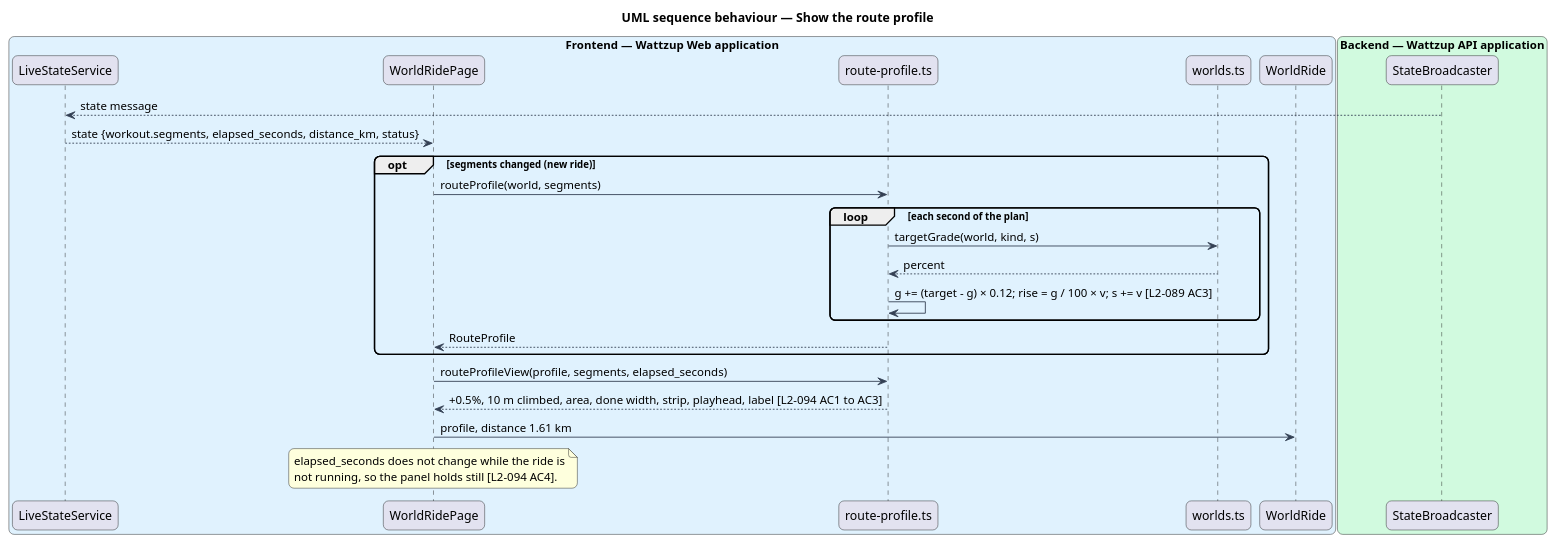
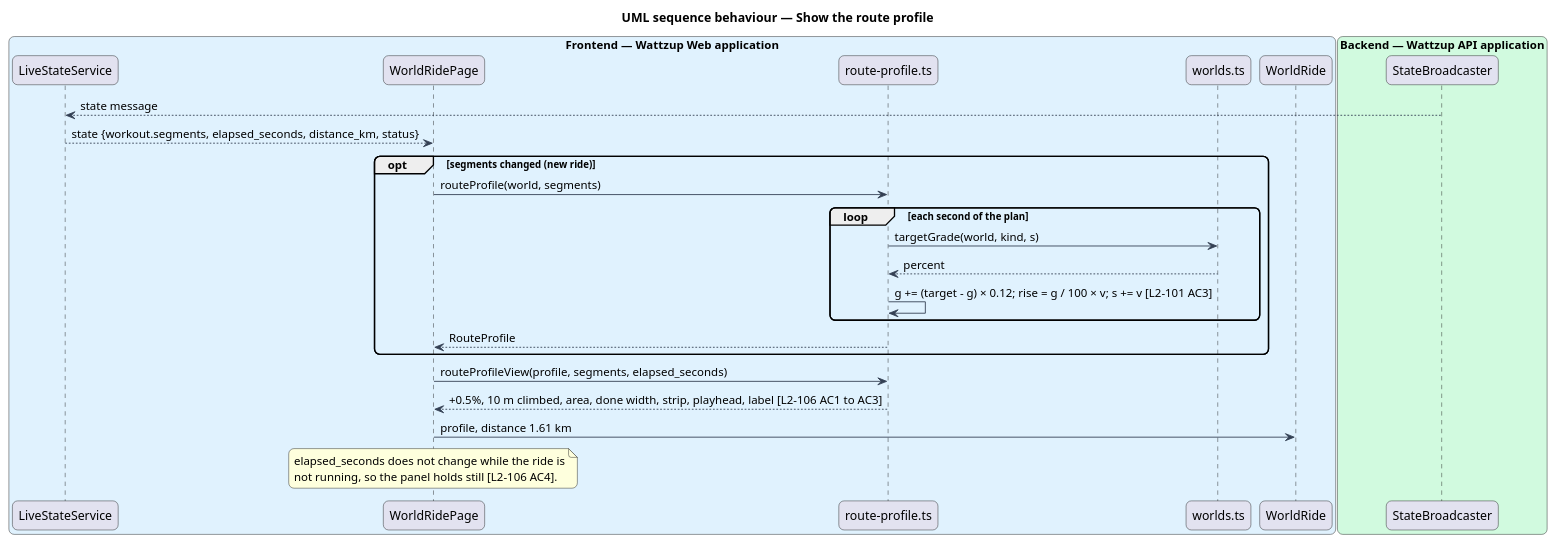
The diagram in docs/detailed-designs/world-ride/draw-class-scene/diagrams/sequence-route-profile.puml (QuinntyneBrown/ride-one), drawn with PlantUML before and after one commit. The commit also changed 75 other files, not shown here.

```diff
--- a/docs/detailed-designs/world-ride/draw-class-scene/diagrams/sequence-route-profile.puml
+++ b/docs/detailed-designs/world-ride/draw-class-scene/diagrams/sequence-route-profile.puml
@@ -1,37 +1,37 @@
 @startuml
 title UML sequence behaviour — Show the route profile
 skinparam backgroundColor #FFFFFF
 skinparam shadowing false
 skinparam roundcorner 12
 skinparam defaultFontName Arial
 skinparam ArrowColor #344054
 box "Frontend — Wattzup Web application" #E0F2FE
   participant "LiveStateService" as live
   participant "WorldRidePage" as page
   participant "route-profile.ts" as profile
   participant "worlds.ts" as worlds
   participant "WorldRide" as hud
 end box
 box "Backend — Wattzup API application" #D1FADF
   participant "StateBroadcaster" as broadcaster
 end box
 
 broadcaster --> live : state message
 live --> page : state {workout.segments, elapsed_seconds, distance_km, status}
 opt segments changed (new ride)
   page -> profile : routeProfile(world, segments)
   loop each second of the plan
     profile -> worlds : targetGrade(world, kind, s)
     worlds --> profile : percent
-    profile -> profile : g += (target - g) × 0.12; rise = g / 100 × v; s += v [L2-089 AC3]
+    profile -> profile : g += (target - g) × 0.12; rise = g / 100 × v; s += v [L2-101 AC3]
   end
   profile --> page : RouteProfile
 end
 page -> profile : routeProfileView(profile, segments, elapsed_seconds)
-profile --> page : +0.5%, 10 m climbed, area, done width, strip, playhead, label [L2-094 AC1 to AC3]
+profile --> page : +0.5%, 10 m climbed, area, done width, strip, playhead, label [L2-106 AC1 to AC3]
 page -> hud : profile, distance 1.61 km
 note over page
   elapsed_seconds does not change while the ride is
-  not running, so the panel holds still [L2-094 AC4].
+  not running, so the panel holds still [L2-106 AC4].
 end note
 @enduml
```
